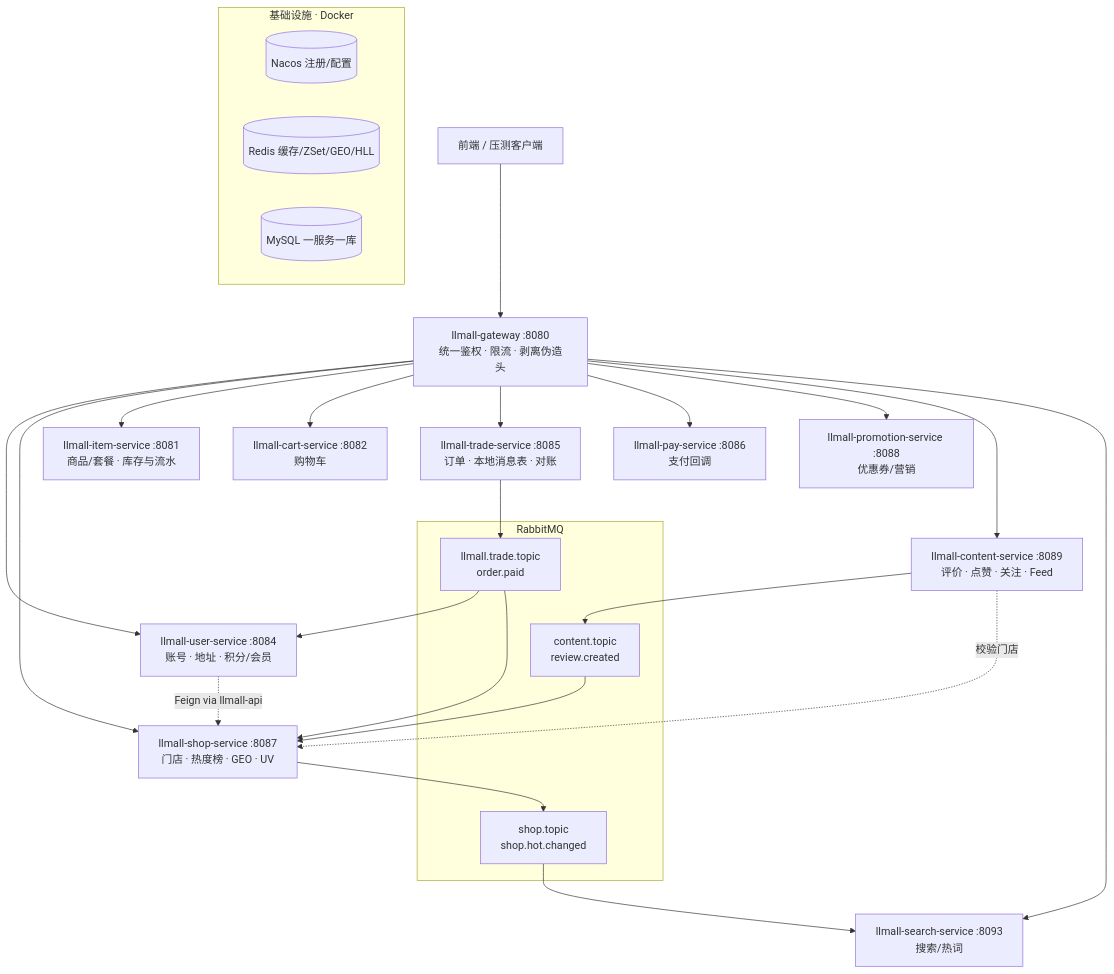
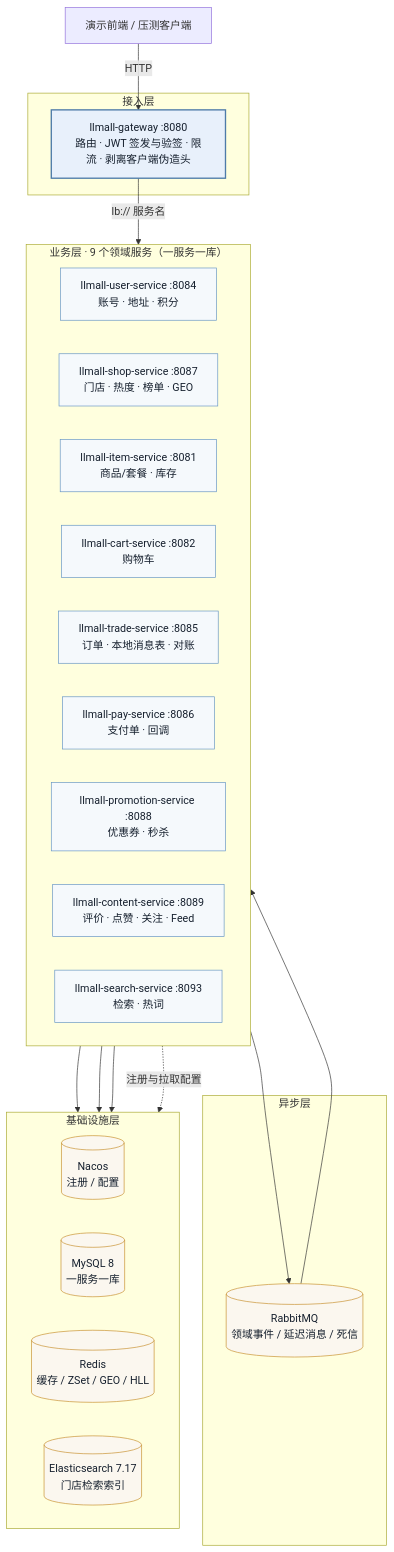
Before and after one commit to mortalRain/llmall: the first of 7 diagrams in README.md, drawn with Mermaid. The commit also changed other lines of this file and 2 other files, not shown here.

First line of the commit message:
docs: 重构首页、架构设计与部署规范（图形化 + 事实自洽）

````diff
--- a/README.md
+++ b/README.md
@@ -22,34 +41,49 @@
 ```mermaid
-graph TB
-    Client[前端 / 压测客户端] --> GW[llmall-gateway :8080<br/>统一鉴权 · 限流 · 剥离伪造头]
+flowchart TB
+    CLIENT["演示前端 / 压测客户端"]
 
-    GW --> USER[llmall-user-service :8084<br/>账号 · 地址 · 积分/会员]
-    GW --> SHOP[llmall-shop-service :8087<br/>门店 · 热度榜 · GEO · UV]
-    GW --> ITEM[llmall-item-service :8081<br/>商品/套餐 · 库存与流水]
-    GW --> CART[llmall-cart-service :8082<br/>购物车]
-    GW --> TRADE[llmall-trade-service :8085<br/>订单 · 本地消息表 · 对账]
-    GW --> PAY[llmall-pay-service :8086<br/>支付回调]
-    GW --> PROMO[llmall-promotion-service :8088<br/>优惠券/营销]
-    GW --> CONTENT[llmall-content-service :8089<br/>评价 · 点赞 · 关注 · Feed]
-    GW --> SEARCH[llmall-search-service :8093<br/>搜索/热词]
+    subgraph EDGE["接入层"]
+        GW["llmall-gateway :8080<br/>路由 · JWT 签发与验签 · 限流 · 剥离客户端伪造头"]
+    end
 
-    USER -. Feign via llmall-api .-> SHOP
-    CONTENT -. 校验门店 .-> SHOP
+    subgraph BIZ["业务层 · 9 个领域服务（一服务一库）"]
+        direction LR
+        USER["llmall-user-service :8084<br/>账号 · 地址 · 积分"]
+        SHOP["llmall-shop-service :8087<br/>门店 · 热度 · 榜单 · GEO"]
+        ITEM["llmall-item-service :8081<br/>商品/套餐 · 库存"]
+        CART["llmall-cart-service :8082<br/>购物车"]
+        TRADE["llmall-trade-service :8085<br/>订单 · 本地消息表 · 对账"]
+        PAY["llmall-pay-service :8086<br/>支付单 · 回调"]
+        PROMO["llmall-promotion-service :8088<br/>优惠券 · 秒杀"]
+        CONTENT["llmall-content-service :8089<br/>评价 · 点赞 · 关注 · Feed"]
+        SEARCH["llmall-search-service :8093<br/>检索 · 热词"]
+    end
 
-    subgraph MQ[RabbitMQ]
-        E1[content.topic<br/>review.created]
-        E2[llmall.trade.topic<br/>order.paid]
-        E3[shop.topic<br/>shop.hot.changed]
+    subgraph MID["异步层"]
+        MQ[("RabbitMQ<br/>领域事件 / 延迟消息 / 死信")]
     end
-    CONTENT --> E1 --> SHOP
-    TRADE --> E2
-    E2 --> USER
-    E2 --> SHOP
-    SHOP --> E3 --> SEARCH
 
-    subgraph INFRA[基础设施 · Docker]
-        NACOS[(Nacos 注册/配置)]
-        REDIS[(Redis 缓存/ZSet/GEO/HLL)]
-        MYSQL[(MySQL 一服务一库)]
+    subgraph INFRA["基础设施层"]
+        direction LR
+        NACOS[("Nacos<br/>注册 / 配置")]
+        MYSQL[("MySQL 8<br/>一服务一库")]
+        REDIS[("Redis<br/>缓存 / ZSet / GEO / HLL")]
+        ES[("Elasticsearch 7.17<br/>门店检索索引")]
     end
+
+    CLIENT -->|"HTTP"| GW
+    GW -->|"lb:// 服务名"| BIZ
+    BIZ --> MQ
+    MQ --> BIZ
+    BIZ --> MYSQL
+    BIZ --> REDIS
+    SEARCH --> ES
+    BIZ -.->|"注册与拉取配置"| NACOS
+
+    classDef edge fill:#e8f0fb,stroke:#4E7BA9,stroke-width:2px,color:#16202E
+    classDef biz fill:#f5f9fc,stroke:#6695C4,color:#16202E
+    classDef inf fill:#fbf7ef,stroke:#C8912F,color:#16202E
+    class GW edge
+    class USER,SHOP,ITEM,CART,TRADE,PAY,PROMO,CONTENT,SEARCH biz
+    class MQ,MYSQL,REDIS,ES,NACOS inf
 ```
````
